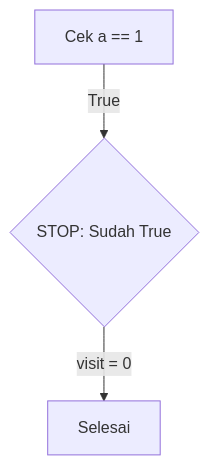
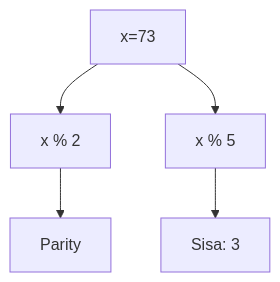
Before and after one commit to amnahwaida/OSNK_INF_PREP: diagram 18 of 25 in part-c-pemahaman-cpp/02-percabangan/latihan/set-06.md, drawn with Mermaid. The commit also changed other lines of this file and 71 other files, not shown here.

````diff
--- a/part-c-pemahaman-cpp/02-percabangan/latihan/set-06.md
+++ b/part-c-pemahaman-cpp/02-percabangan/latihan/set-06.md
@@ -517,5 +536,7 @@
 ```mermaid
 graph TD
-    A[Cek a == 1] -->|"True"| B{"STOP: Sudah True"}
-    B -->|"visit = 0"| C[Selesai]
+A[x=73] --> B[x % 2]
+B --> C[Parity]
+A --> D[x % 5]
+D --> E[Sisa: 3]
 ```
````
